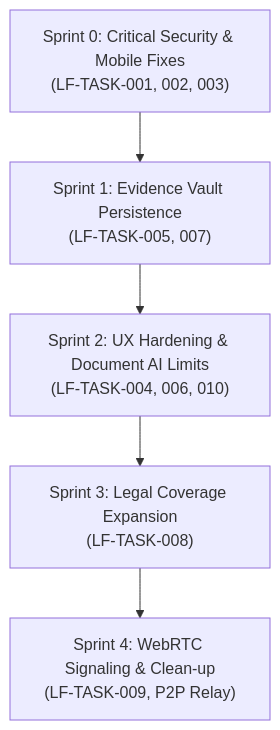
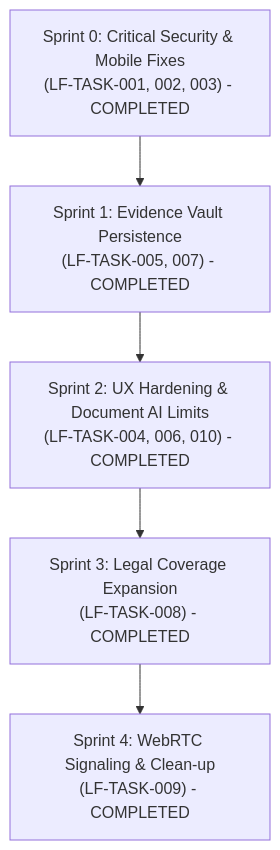
One commit to VirajThakur03/lawforge_ai changed the diagram in audit/LAWFORGE_AI_FULL_AUDIT_REPORT.md. Above: the diagram before and after it, drawn with Mermaid. The commit also changed other lines of this file and 1 other file, not shown here.

````diff
--- a/audit/LAWFORGE_AI_FULL_AUDIT_REPORT.md
+++ b/audit/LAWFORGE_AI_FULL_AUDIT_REPORT.md
@@ -342,10 +342,10 @@
 ```mermaid
 flowchart TD
-    S0["Sprint 0: Critical Security & Mobile Fixes\n(LF-TASK-001, 002, 003)"]
-    S1["Sprint 1: Evidence Vault Persistence\n(LF-TASK-005, 007)"]
-    S2["Sprint 2: UX Hardening & Document AI Limits\n(LF-TASK-004, 006, 010)"]
-    S3["Sprint 3: Legal Coverage Expansion\n(LF-TASK-008)"]
-    S4["Sprint 4: WebRTC Signaling & Clean-up\n(LF-TASK-009, P2P Relay)"]
+    S0["Sprint 0: Critical Security & Mobile Fixes\n(LF-TASK-001, 002, 003) - COMPLETED"]
+    S1["Sprint 1: Evidence Vault Persistence\n(LF-TASK-005, 007) - COMPLETED"]
+    S2["Sprint 2: UX Hardening & Document AI Limits\n(LF-TASK-004, 006, 010) - COMPLETED"]
+    S3["Sprint 3: Legal Coverage Expansion\n(LF-TASK-008) - COMPLETED"]
+    S4["Sprint 4: WebRTC Signaling & Clean-up\n(LF-TASK-009) - COMPLETED"]
 
     S0 --> S1 --> S2 --> S3 --> S4
 ```
````
